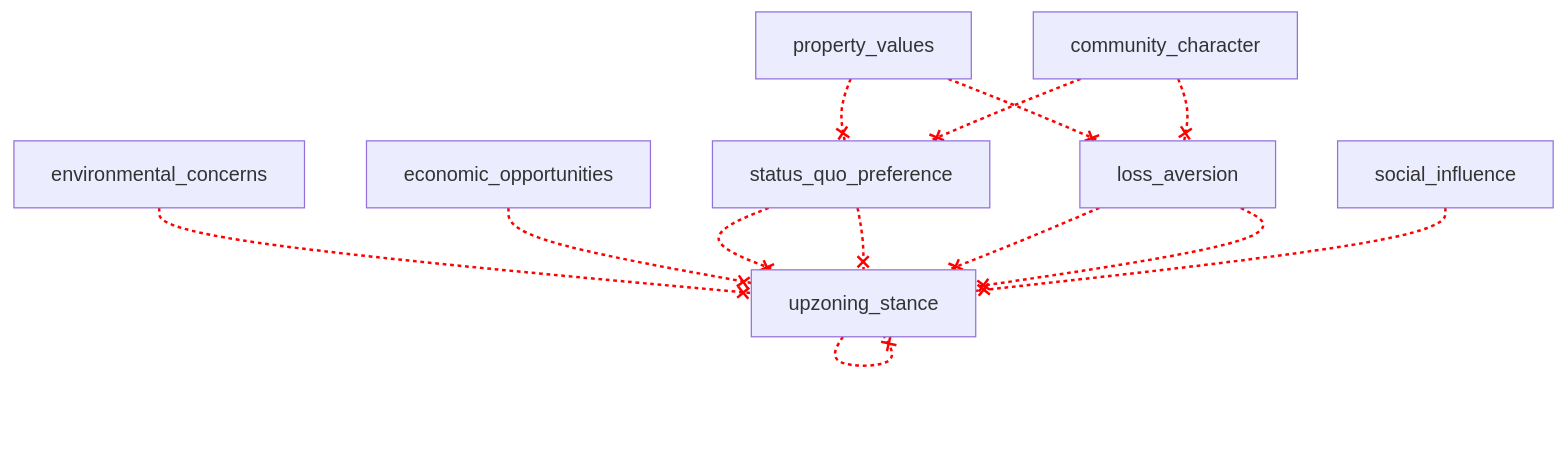
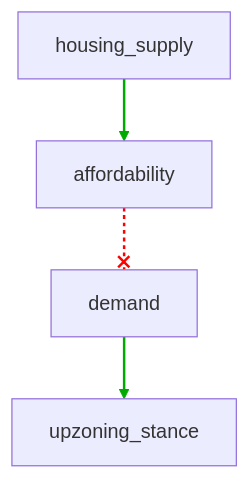
One commit to jajamoa/generative-minds changed the diagram in data/samples_scm/sample_12.mmd. Above: the diagram before and after it, drawn with Mermaid. The commit also changed 115 other files, not shown here.

````diff
--- a/data/samples_scm/sample_12.mmd
+++ b/data/samples_scm/sample_12.mmd
@@ -1,37 +1,13 @@
 ```mermaid
 flowchart TD
-    n1[property_values]
-    n2[community_character]
-    n3[environmental_concerns]
-    n4[economic_opportunities]
-    n5[status_quo_preference]
-    n6[loss_aversion]
-    n7[social_influence]
-    n8[upzoning_stance]
-
-    n1 --x n5
-    n1 --x n6
-    n2 --x n5
-    n2 --x n6
-    n3 --x n8
-    n4 --x n8
-    n5 --x n8
-    n5 --x n8
-    n6 --x n8
-    n6 --x n8
-    n7 --x n8
-    n8 --x n8
-
-    linkStyle 0 stroke:#FF0000,stroke-dasharray:3,stroke-width:2px
+    n1[housing_supply]
+    n2[affordability]
+    n3[demand]
+    n4[upzoning_stance]
+    n1 --> n2
+    n2 --x n3
+    n3 --> n4
+    linkStyle 0 stroke:#00AA00,stroke-width:2px
     linkStyle 1 stroke:#FF0000,stroke-dasharray:3,stroke-width:2px
-    linkStyle 2 stroke:#FF0000,stroke-dasharray:3,stroke-width:2px
-    linkStyle 3 stroke:#FF0000,stroke-dasharray:3,stroke-width:2px
-    linkStyle 4 stroke:#FF0000,stroke-dasharray:3,stroke-width:2px
-    linkStyle 5 stroke:#FF0000,stroke-dasharray:3,stroke-width:2px
-    linkStyle 6 stroke:#FF0000,stroke-dasharray:3,stroke-width:2px
-    linkStyle 7 stroke:#FF0000,stroke-dasharray:3,stroke-width:2px
-    linkStyle 8 stroke:#FF0000,stroke-dasharray:3,stroke-width:2px
-    linkStyle 9 stroke:#FF0000,stroke-dasharray:3,stroke-width:2px
-    linkStyle 10 stroke:#FF0000,stroke-dasharray:3,stroke-width:2px
-    linkStyle 11 stroke:#FF0000,stroke-dasharray:3,stroke-width:2px
+    linkStyle 2 stroke:#00AA00,stroke-width:2px
 ```
````
